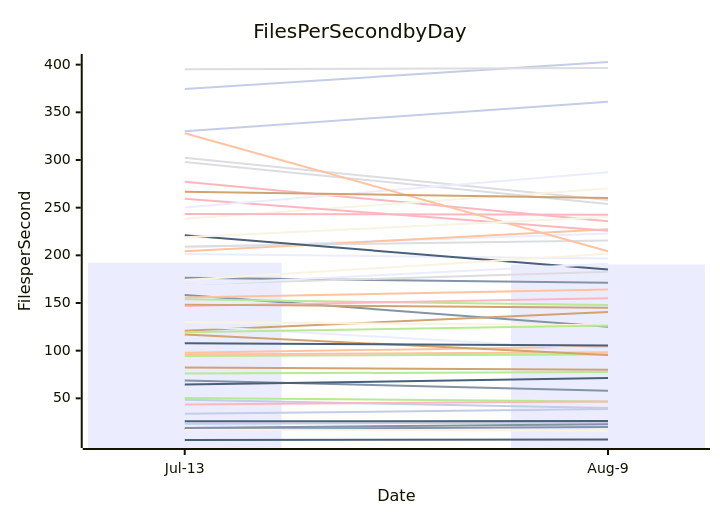
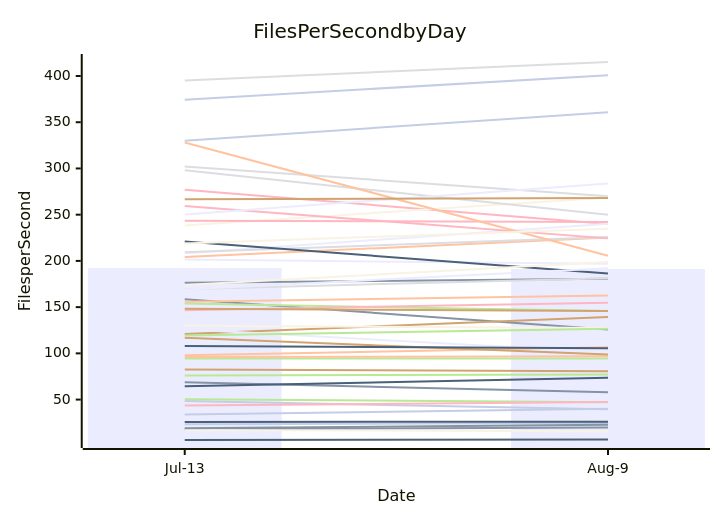
The diagram in perf-report.md (streetsidesoftware/cspell), drawn with Mermaid before and after one commit. The commit also changed other lines of this file and 2 other files, not shown here.

````diff
--- a/perf-report.md
+++ b/perf-report.md
@@ -11,57 +11,57 @@
 ```mermaid
 xychart-beta
     title Files Per Second by Day
     y-axis Files per Second
     x-axis Date [Jul-13, Aug-9]
-    bar [192.31, 190.34]
-    line [17.82, 19.81]
-    line [97.93, 104.46]
-    line [302.24, 258.13]
-    line [94.47, 95.91]
-    line [82.41, 80.01]
-    line [48.47, 39.88]
-    line [277.07, 235.80]
+    bar [192.31, 191.27]
+    line [17.82, 19.76]
+    line [97.93, 106.66]
+    line [302.24, 269.81]
+    line [94.47, 94.45]
+    line [82.41, 80.61]
+    line [48.47, 39.52]
+    line [277.07, 239.79]
     line [6.29, 6.78]
-    line [238.39, 270.04]
-    line [208.19, 222.95]
-    line [158.48, 125.19]
-    line [204.20, 227.28]
-    line [209.39, 215.51]
-    line [153.81, 147.77]
-    line [120.84, 140.56]
-    line [23.34, 24.58]
-    line [146.76, 155.02]
-    line [25.88, 26.31]
-    line [17.18, 16.02]
-    line [201.45, 196.64]
-    line [176.39, 171.23]
-    line [96.02, 98.42]
-    line [298.01, 253.81]
-    line [76.00, 77.57]
-    line [148.29, 145.02]
-    line [374.43, 402.79]
-    line [259.46, 225.90]
-    line [221.06, 185.13]
-    line [129.95, 126.56]
-    line [126.09, 101.01]
-    line [68.71, 57.97]
-    line [155.87, 164.09]
-    line [169.41, 182.66]
-    line [50.42, 46.73]
-    line [116.87, 95.44]
-    line [330.04, 361.21]
-    line [243.47, 242.63]
-    line [64.41, 71.22]
-    line [174.01, 201.58]
-    line [250.26, 287.18]
-    line [18.90, 22.81]
-    line [328.06, 204.34]
-    line [395.07, 396.40]
-    line [119.39, 126.39]
-    line [266.63, 260.18]
-    line [33.78, 38.75]
-    line [43.65, 46.67]
-    line [107.84, 105.33]
-    line [218.96, 240.14]
-    line [169.05, 191.07]
+    line [238.39, 268.54]
+    line [208.19, 240.17]
+    line [158.48, 125.68]
+    line [204.20, 225.24]
+    line [209.39, 225.91]
+    line [153.81, 145.75]
+    line [120.84, 139.45]
+    line [23.34, 24.65]
+    line [146.76, 154.75]
+    line [25.88, 25.95]
+    line [17.18, 15.80]
+    line [201.45, 196.97]
+    line [176.39, 180.75]
+    line [96.02, 96.93]
+    line [298.01, 249.96]
+    line [76.00, 77.16]
+    line [148.29, 145.79]
+    line [374.43, 400.74]
+    line [259.46, 224.37]
+    line [221.06, 186.27]
+    line [129.95, 127.47]
+    line [126.09, 101.07]
+    line [68.71, 57.90]
+    line [155.87, 162.48]
+    line [169.41, 181.18]
+    line [50.42, 47.00]
+    line [116.87, 98.84]
+    line [330.04, 360.76]
+    line [243.47, 242.10]
+    line [64.41, 73.60]
+    line [174.01, 198.91]
+    line [250.26, 283.77]
+    line [18.90, 22.84]
+    line [328.06, 205.56]
+    line [395.07, 415.14]
+    line [119.39, 126.64]
+    line [266.63, 268.09]
+    line [33.78, 39.98]
+    line [43.65, 47.26]
+    line [107.84, 105.46]
+    line [218.96, 234.76]
+    line [169.05, 192.03]
 ```
````
